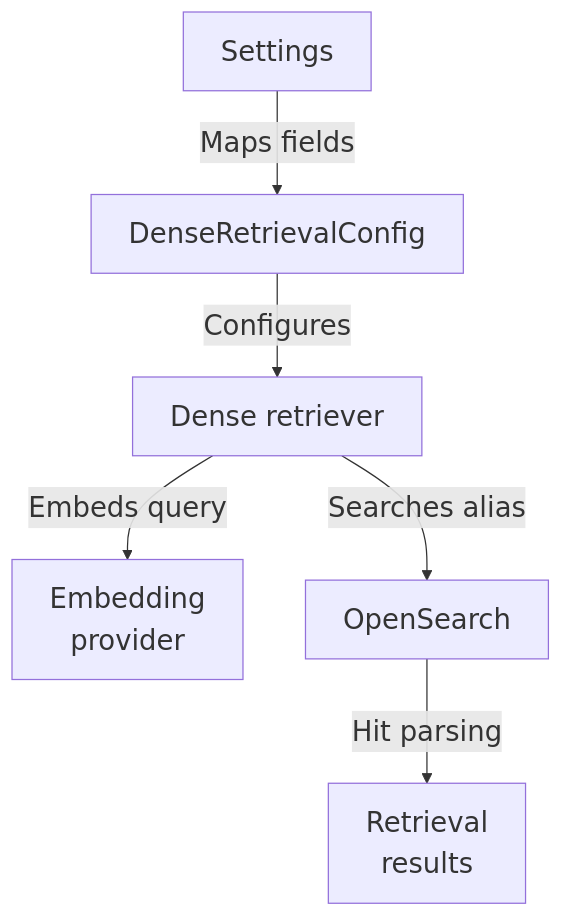
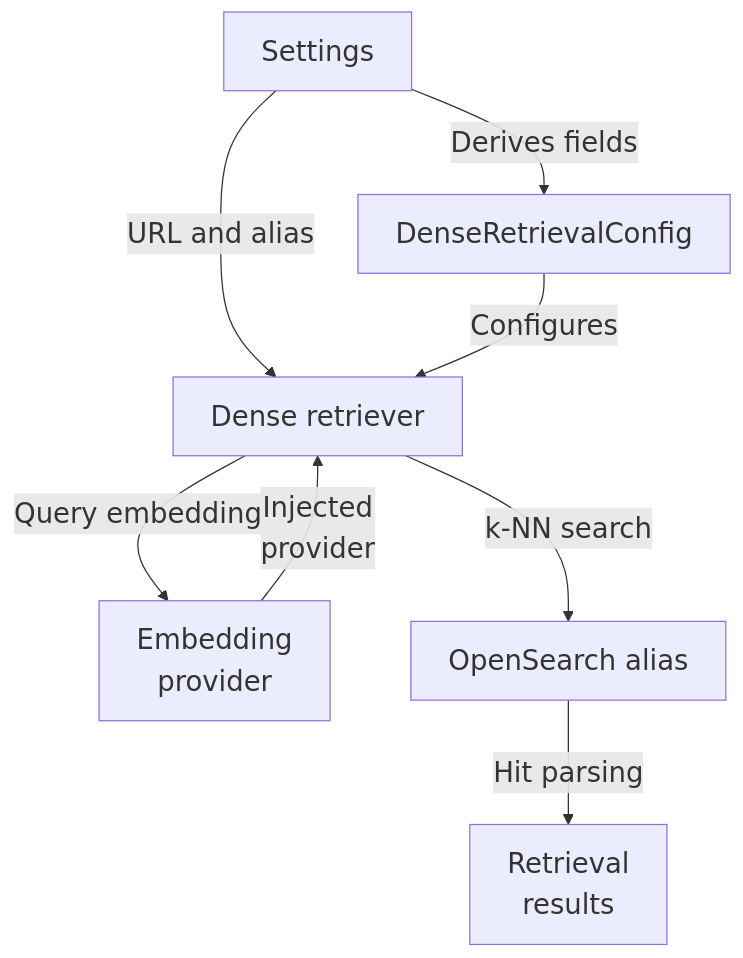
The first of 3 diagrams in maps/retrieval/README.md (Justin-Mendoza/Afterclass), drawn with Mermaid before and after one commit. The commit also changed other lines of this file and 83 other files, not shown here.

````diff
--- a/maps/retrieval/README.md
+++ b/maps/retrieval/README.md
@@ -23,15 +23,17 @@
 ```mermaid
 %%{init: {"themeVariables": {"fontSize": "22px"}}}%%
 flowchart TD
   n0["Settings"]
   n1["DenseRetrievalConfig"]
   n2["Dense retriever"]
   n3["Embedding<br/>provider"]
-  n4["OpenSearch"]
+  n4["OpenSearch alias"]
   n5["Retrieval<br/>results"]
-  n0 -->|"Maps fields"| n1
+  n0 -->|"Derives fields"| n1
+  n0 -->|"URL and alias"| n2
   n1 -->|"Configures"| n2
-  n2 -->|"Embeds query"| n3
-  n2 -->|"Searches alias"| n4
+  n3 -->|"Injected<br/>provider"| n2
+  n2 -->|"Query embedding"| n3
+  n2 -->|"k-NN search"| n4
   n4 -->|"Hit parsing"| n5
 ```
````
